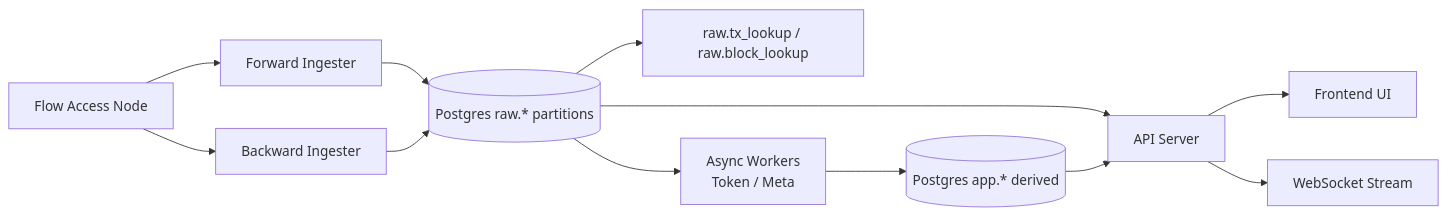
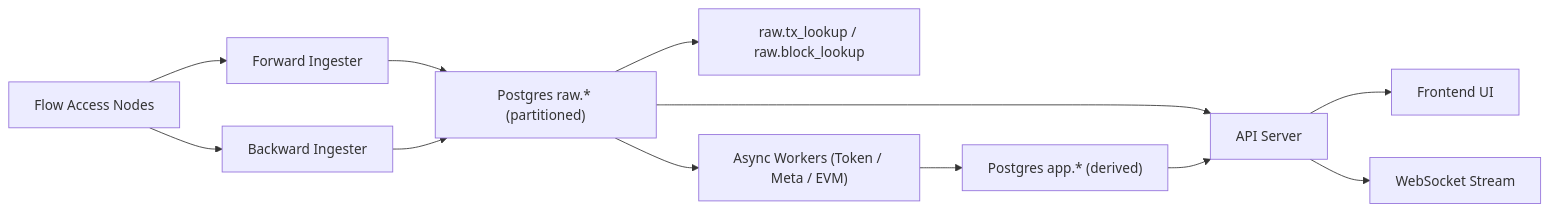
The first of 6 diagrams in ARCHITECTURE.md (Outblock/flowindex), drawn with Mermaid before and after one commit. The commit also changed other lines of this file and 2 other files, not shown here.

Commit message:
Update architecture and project status docs

````diff
--- a/ARCHITECTURE.md
+++ b/ARCHITECTURE.md
@@ -16,19 +16,18 @@
 ```mermaid
 flowchart LR
-  Flow[Flow Access Node] --> Fwd[Forward Ingester]
-  Flow --> Bwd[Backward Ingester]
+  Flow["Flow Access Nodes"] --> Fwd["Forward Ingester"]
+  Flow --> Bwd["Backward Ingester"]
 
-  Fwd --> Raw[(Postgres raw.* partitions)]
+  Fwd --> Raw["Postgres raw.* (partitioned)"]
   Bwd --> Raw
 
-  Raw --> Lookup[raw.tx_lookup / raw.block_lookup]
-  Raw --> Workers[Async Workers\nToken / Meta]
+  Raw --> Lookup["raw.tx_lookup / raw.block_lookup"]
+  Raw --> Workers["Async Workers (Token / Meta / EVM)"]
+  Workers --> App["Postgres app.* (derived)"]
 
-  Workers --> App[(Postgres app.* derived)]
-
-  Raw --> API[API Server]
+  Raw --> API["API Server"]
   App --> API
 
-  API --> FE[Frontend UI]
-  API --> WS[WebSocket Stream]
+  API --> FE["Frontend UI"]
+  API --> WS["WebSocket Stream"]
 ```
````
